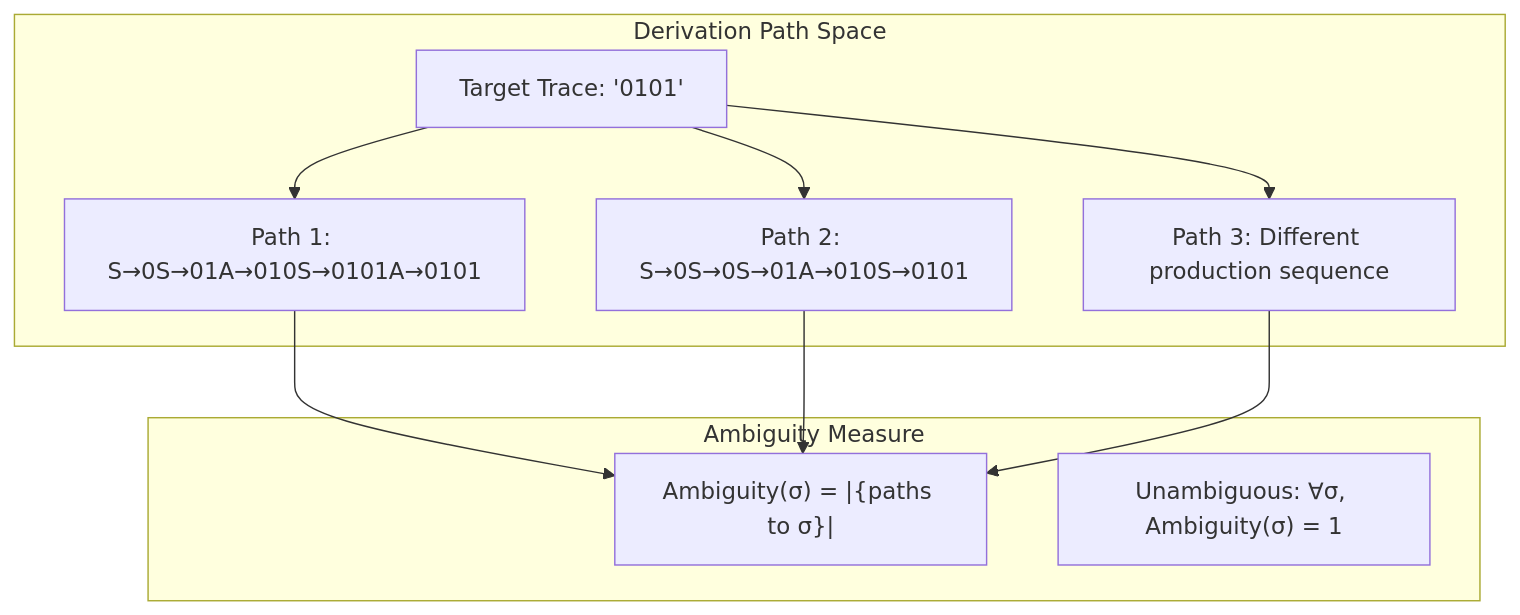
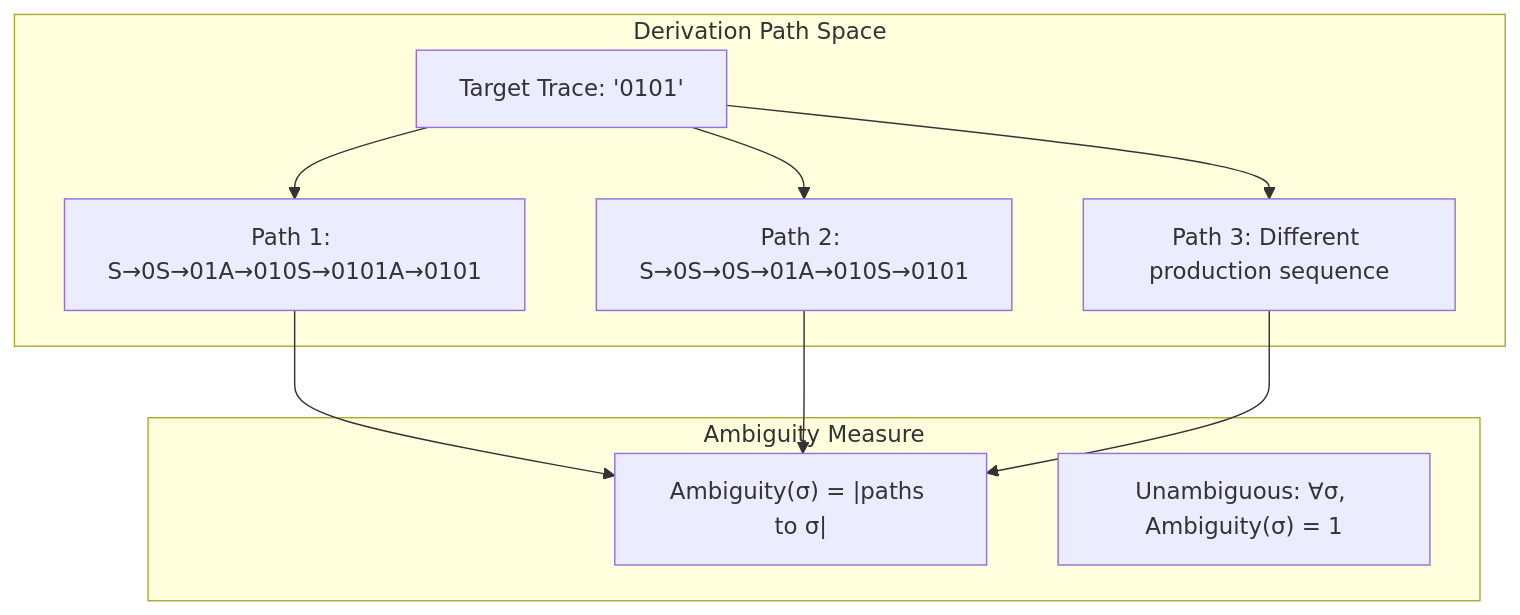
One commit to loning/the-binarymath changed the third of 11 diagrams in docs/codex/volume-00-collapse-language/chapter-014-grammar-classify.md. Above: the diagram before and after it, drawn with Mermaid. The commit also changed other lines of this file and 8 other files, not shown here.

````diff
--- a/docs/codex/volume-00-collapse-language/chapter-014-grammar-classify.md
+++ b/docs/codex/volume-00-collapse-language/chapter-014-grammar-classify.md
@@ -117,18 +117,18 @@
 ```mermaid
 graph TD
     subgraph "Derivation Path Space"
         TRACE["Target Trace: '0101'"]
         PATH1["Path 1: S→0S→01A→010S→0101A→0101"]
         PATH2["Path 2: S→0S→0S→01A→010S→0101"]
         PATH3["Path 3: Different production sequence"]
         
         TRACE --> PATH1 & PATH2 & PATH3
     end
     
     subgraph "Ambiguity Measure"
-        AMB["Ambiguity(σ) = |{paths to σ}|"]
+        AMB["Ambiguity(σ) = |paths to σ|"]
         UNAMB["Unambiguous: ∀σ, Ambiguity(σ) = 1"]
     end
     
     PATH1 & PATH2 & PATH3 --> AMB
 ```
````
